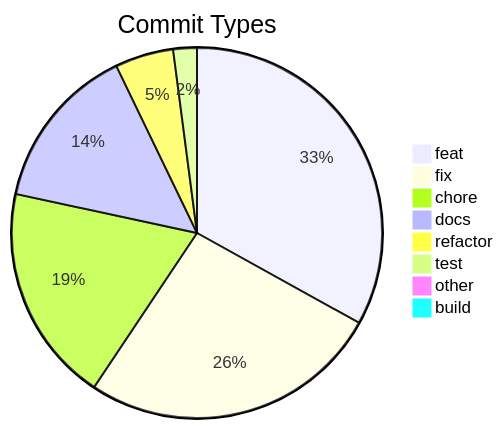
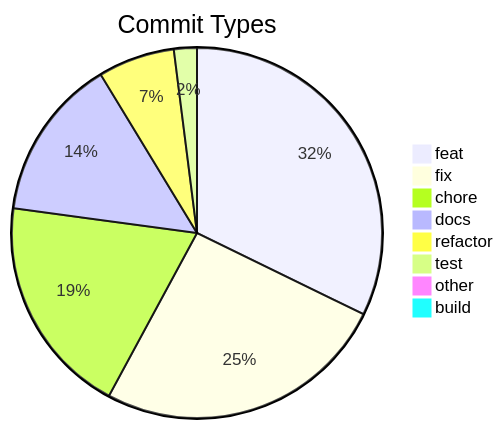
The diagram in .shipwright/compliance/change-history.md (svenroth-ai/shipwright), drawn with Mermaid before and after one commit. The commit also changed other lines of this file and 40 other files, not shown here.

````diff
--- a/.shipwright/compliance/change-history.md
+++ b/.shipwright/compliance/change-history.md
@@ -8,11 +8,11 @@
 ```mermaid
 pie title Commit Types
-    "feat" : 240
-    "fix" : 191
-    "chore" : 138
-    "docs" : 105
-    "refactor" : 37
+    "feat" : 241
+    "fix" : 192
+    "chore" : 144
+    "docs" : 106
+    "refactor" : 50
     "test" : 15
     "other" : 7
     "build" : 1
 ```
````
